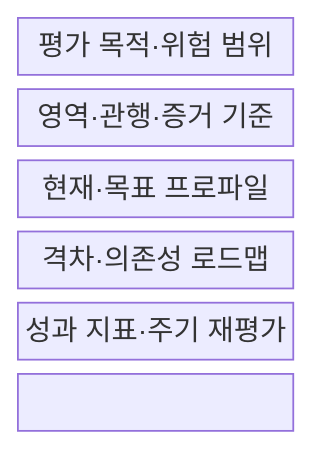
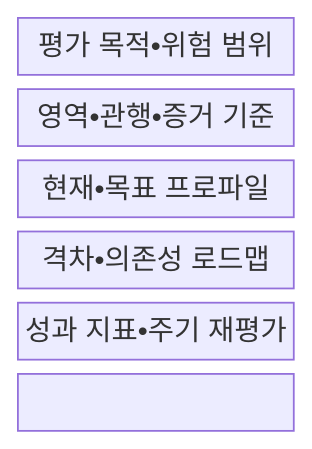
The first of 2 diagrams in src/content/docs/notes/05-security/147_security_maturity_model.md (agnusdei1207/knowledge-base), drawn with Mermaid before and after one commit. The commit also changed other lines of this file and 953 other files, not shown here.

````diff
--- a/src/content/docs/notes/05-security/147_security_maturity_model.md
+++ b/src/content/docs/notes/05-security/147_security_maturity_model.md
@@ -67,11 +67,11 @@
 ```mermaid
 block-beta
   columns 1
-  S["평가 목적·위험 범위"]
-  C["영역·관행·증거 기준"]
-  P["현재·목표 프로파일"]
-  R["격차·의존성 로드맵"]
-  M["성과 지표·주기 재평가"]
+  S["평가 목적•위험 범위"]
+  C["영역•관행•증거 기준"]
+  P["현재•목표 프로파일"]
+  R["격차•의존성 로드맵"]
+  M["성과 지표•주기 재평가"]
   S --- C --- P
   P --- R --- M
 ```
````
